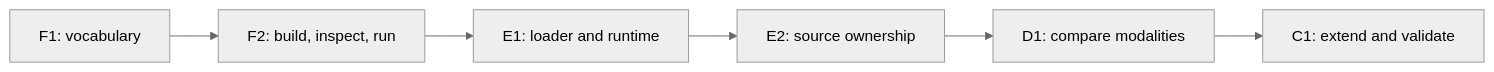
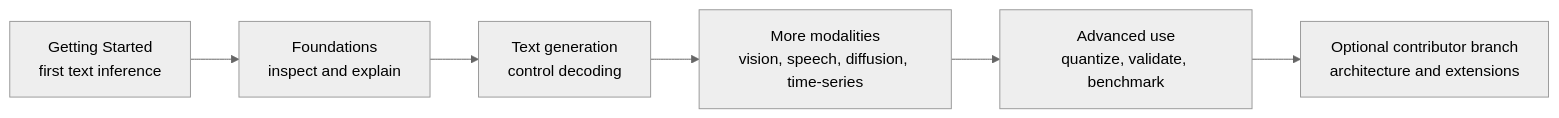
Before and after one commit to NVIDIA/TensorRT-Model-Connect: the diagram in website/docs/learning-path.md, drawn with Mermaid (neutral theme). The commit also changed other lines of this file and 86 other files, not shown here.

````diff
--- a/website/docs/learning-path.md
+++ b/website/docs/learning-path.md
@@ -27,8 +11,8 @@
 ```mermaid
 flowchart LR
-  F1["F1: vocabulary"] --> F2["F2: build, inspect, run"]
-  F2 --> E1["E1: loader and runtime"]
-  E1 --> E2["E2: source ownership"]
-  E2 --> D1["D1: compare modalities"]
-  D1 --> C1["C1: extend and validate"]
+  GS["Getting Started<br/>first text inference"] --> F["Foundations<br/>inspect and explain"]
+  F --> T["Text generation<br/>control decoding"]
+  T --> M["More modalities<br/>vision, speech, diffusion, time-series"]
+  M --> A["Advanced use<br/>quantize, validate, benchmark"]
+  A --> C["Optional contributor branch<br/>architecture and extensions"]
 ```
````
